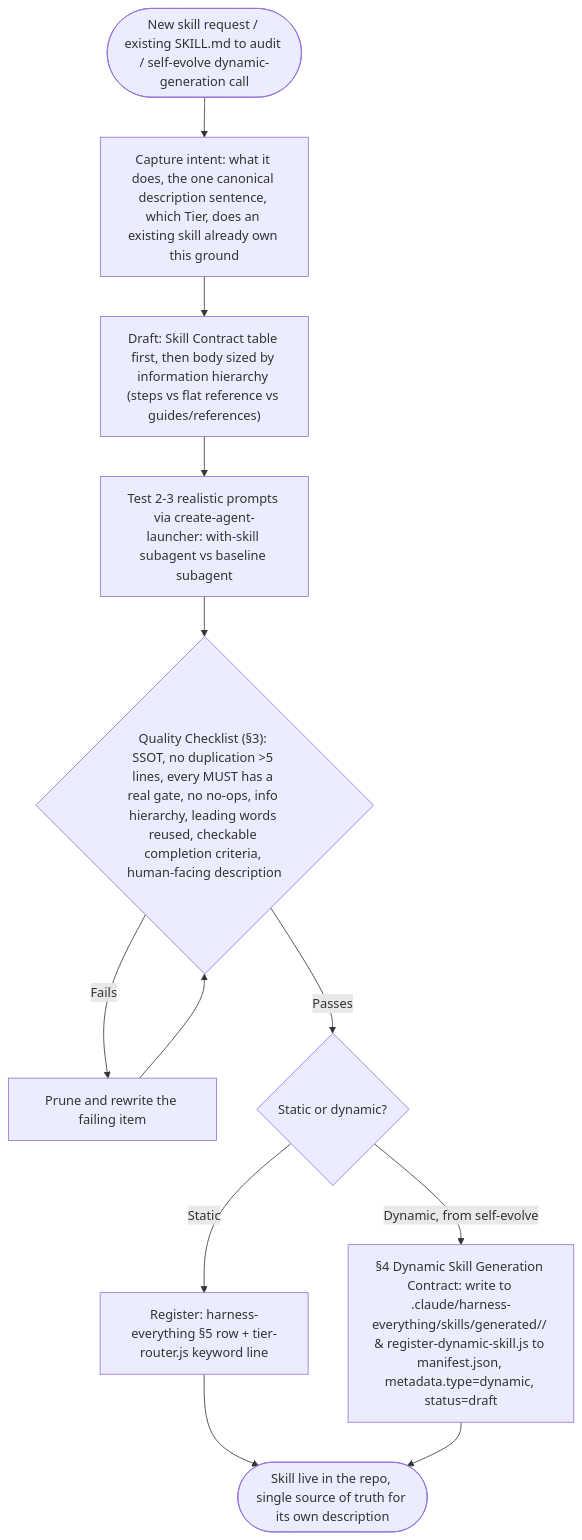
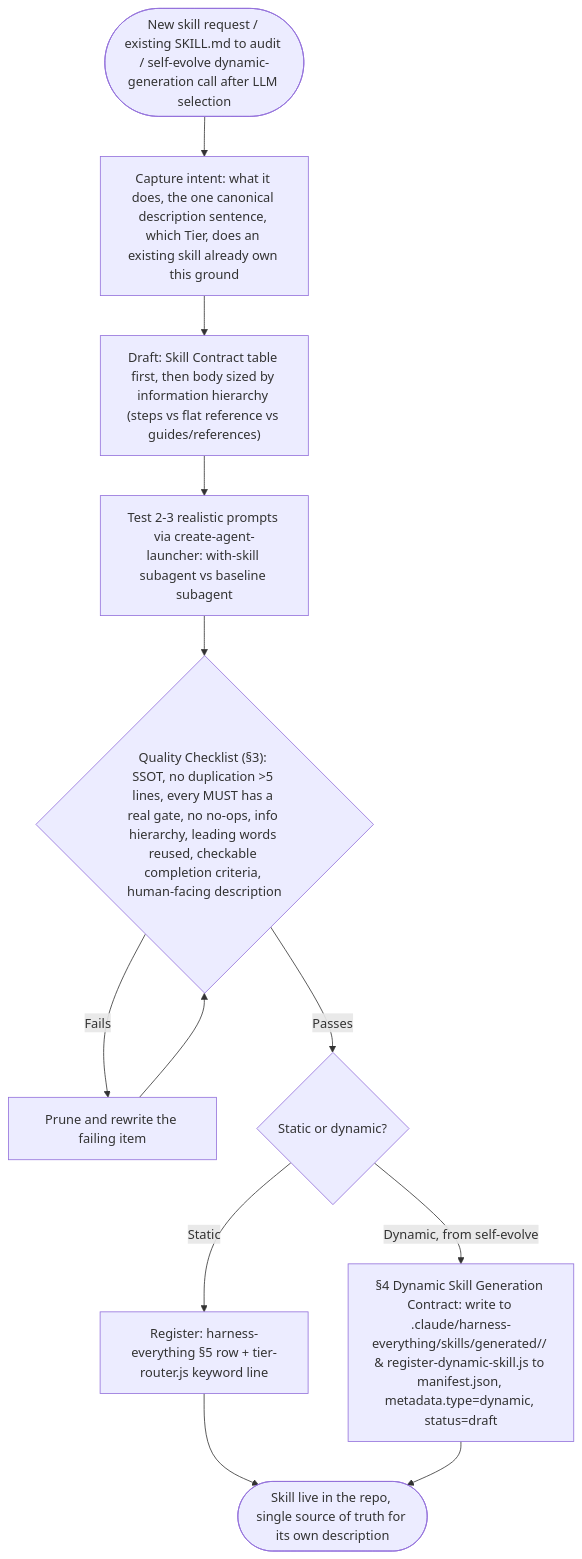
Before and after one commit to dyphn1/Harness-everything: the first of 3 diagrams in docs/workflows/skill-creator.md, drawn with Mermaid. The commit also changed other lines of this file and 3 other files, not shown here.

Commit message:
refactor(self-evolve): introduce LLM judgment for skill promotion, update workflows and bump versions to 0.3.0

````diff
--- a/docs/workflows/skill-creator.md
+++ b/docs/workflows/skill-creator.md
@@ -11,14 +11,14 @@
 ```mermaid
 graph TD
-  Start([New skill request / existing SKILL.md to audit / self-evolve dynamic-generation call]) --> Intent["Capture intent: what it does, the one canonical description sentence, which Tier, does an existing skill already own this ground"]
+  Start([New skill request / existing SKILL.md to audit / self-evolve dynamic-generation call after LLM selection]) --> Intent["Capture intent: what it does, the one canonical description sentence, which Tier, does an existing skill already own this ground"]
   Intent --> Draft["Draft: Skill Contract table first, then body sized by information hierarchy (steps vs flat reference vs guides/references)"]
   Draft --> Test["Test 2-3 realistic prompts via create-agent-launcher: with-skill subagent vs baseline subagent"]
   Test --> Checklist{"Quality Checklist (§3): SSOT, no duplication >5 lines, every MUST has a real gate, no no-ops, info hierarchy, leading words reused, checkable completion criteria, human-facing description"}
   Checklist -->|Fails| Prune["Prune and rewrite the failing item"]
   Prune --> Checklist
   Checklist -->|Passes| Route{Static or dynamic?}
   Route -->|Static| Register["Register: harness-everything §5 row + tier-router.js keyword line"]
   Route -->|Dynamic, from self-evolve| DynamicContract["§4 Dynamic Skill Generation Contract: write to .claude/harness-everything/skills/generated/<name>/ & register-dynamic-skill.js to manifest.json, metadata.type=dynamic, status=draft"]
   Register --> End([Skill live in the repo, single source of truth for its own description])
   DynamicContract --> End
 ```
````
